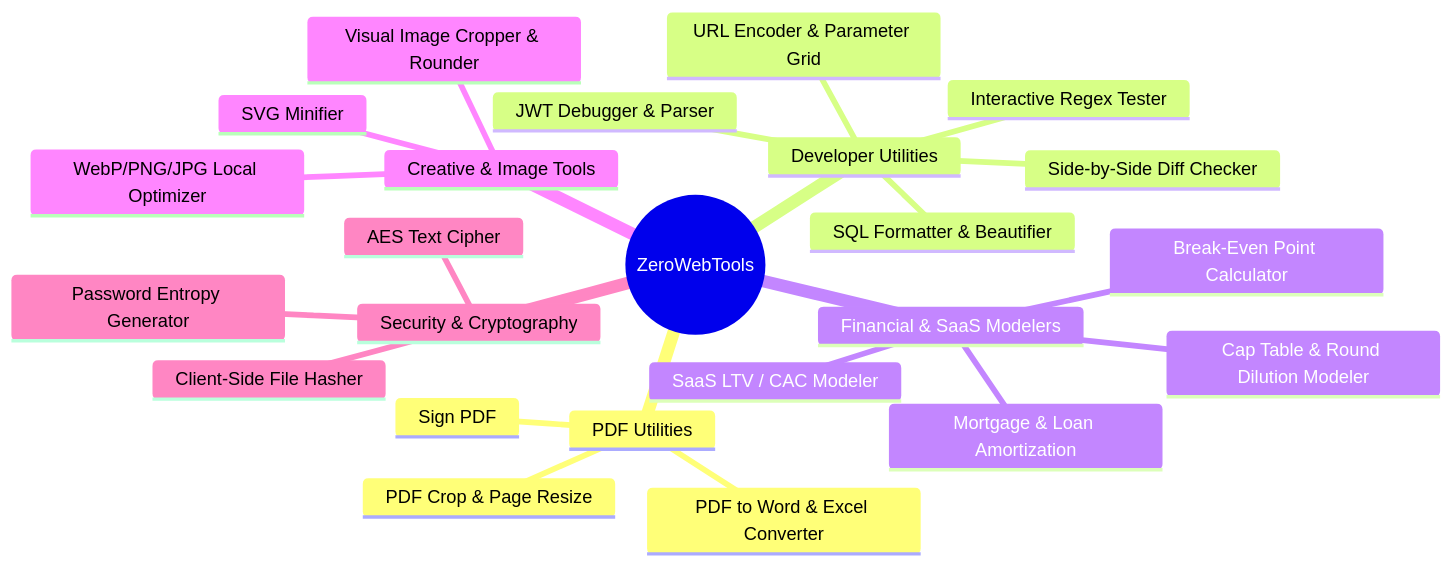
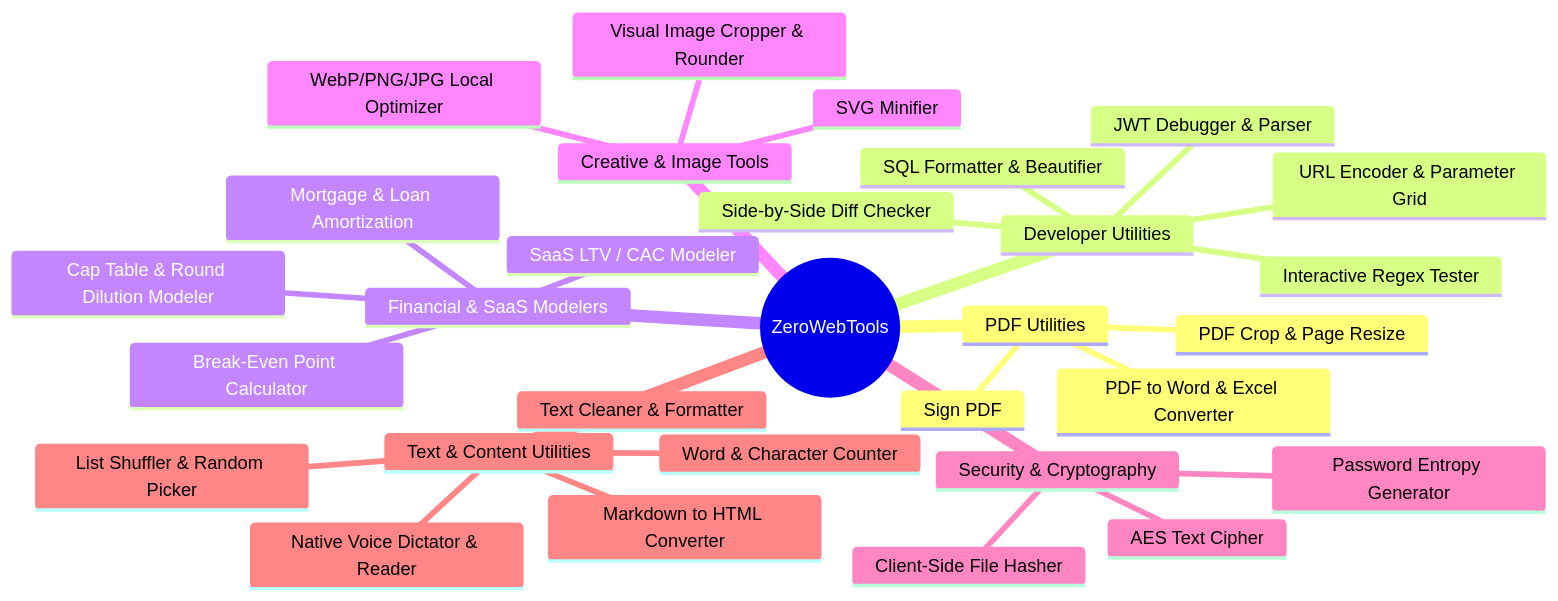
Before and after one commit to zeeshan1112/zerowebtools: the diagram in docs/proposed_tools_roadmap.md, drawn with Mermaid. The commit also changed other lines of this file, not shown here.

Commit message:
docs: expand tool roadmap with detailed text and content utilities

````diff
--- a/docs/proposed_tools_roadmap.md
+++ b/docs/proposed_tools_roadmap.md
@@ -12,27 +12,33 @@
 ```mermaid
 mindmap
   root((ZeroWebTools))
     PDF Utilities
       Sign PDF
       PDF Crop & Page Resize
       PDF to Word & Excel Converter
     Developer Utilities
       JWT Debugger & Parser
       Side-by-Side Diff Checker
       Interactive Regex Tester
       SQL Formatter & Beautifier
       URL Encoder & Parameter Grid
     Financial & SaaS Modelers
       Mortgage & Loan Amortization
       Cap Table & Round Dilution Modeler
       SaaS LTV / CAC Modeler
       Break-Even Point Calculator
     Creative & Image Tools
       WebP/PNG/JPG Local Optimizer
       Visual Image Cropper & Rounder
       SVG Minifier
     Security & Cryptography
       Client-Side File Hasher
       AES Text Cipher
       Password Entropy Generator
+    Text & Content Utilities
+      Text Cleaner & Formatter
+      Word & Character Counter
+      Native Voice Dictator & Reader
+      Markdown to HTML Converter
+      List Shuffler & Random Picker
 ```
````
